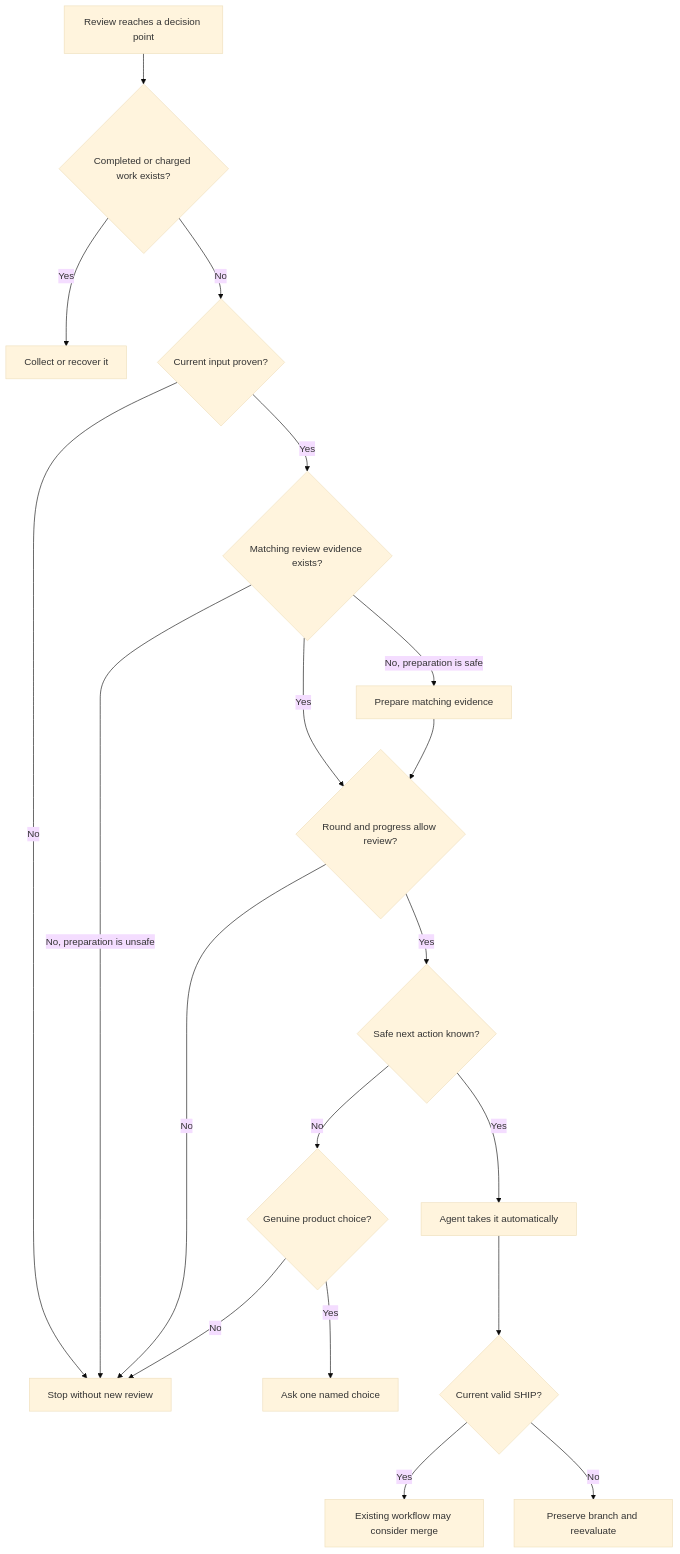
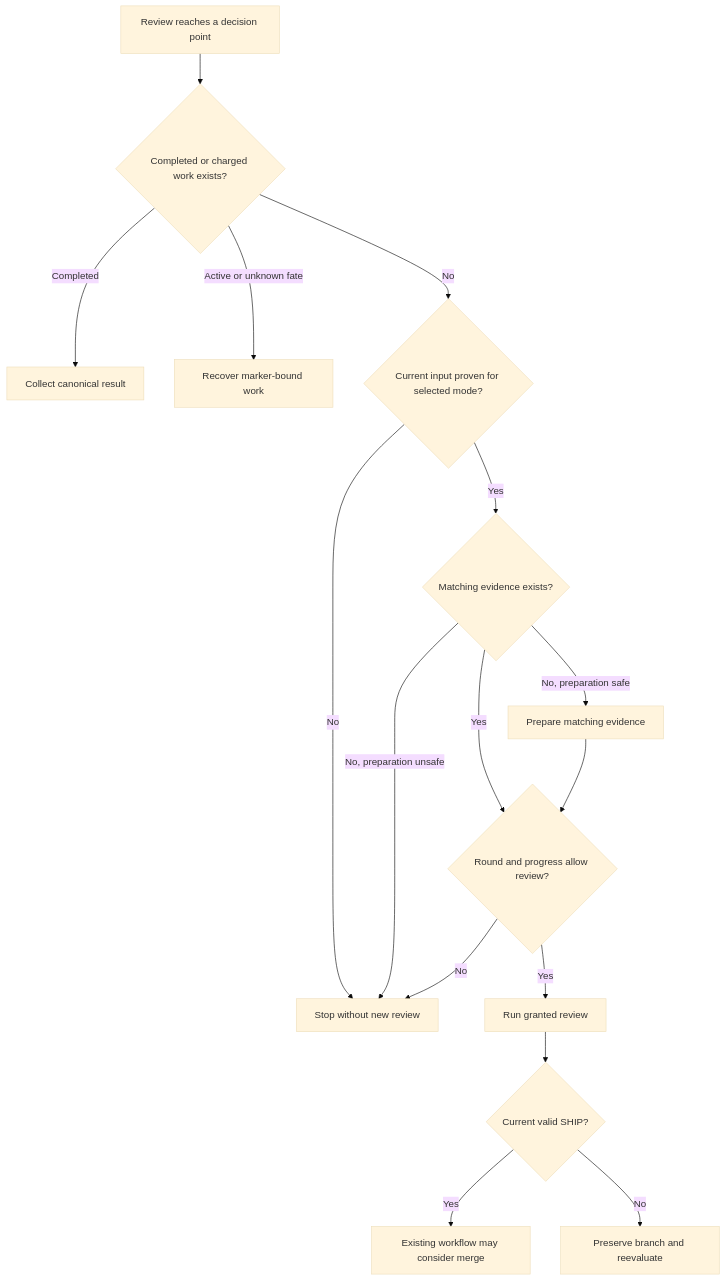
Before and after one commit to StartupBros-com/pro-gate: the first of 4 diagrams in docs/plans/2026-08-26-2019-feat-pro-gate-one-clear-next-step-plan.md, drawn with Mermaid (base theme). The commit also changed other lines of this file, not shown here.

Commit message:
docs: plan one clear pro-gate next step (#97)

````diff
--- a/docs/plans/2026-08-26-2019-feat-pro-gate-one-clear-next-step-plan.md
+++ b/docs/plans/2026-08-26-2019-feat-pro-gate-one-clear-next-step-plan.md
@@ -98,21 +99,18 @@
 ```mermaid
 flowchart TB
   A[Review reaches a decision point] --> B{Completed or charged work exists?}
-  B -->|Yes| C[Collect or recover it]
-  B -->|No| D{Current input proven?}
-  D -->|No| E[Stop without new review]
-  D -->|Yes| F{Matching review evidence exists?}
-  F -->|No, preparation is safe| G[Prepare matching evidence]
-  F -->|No, preparation is unsafe| E
-  F -->|Yes| H{Round and progress allow review?}
-  G --> H
-  H -->|No| E
-  H -->|Yes| I{Safe next action known?}
-  I -->|Yes| J[Agent takes it automatically]
-  I -->|No| K{Genuine product choice?}
-  K -->|Yes| L[Ask one named choice]
-  K -->|No| E
-  J --> M{Current valid SHIP?}
-  M -->|Yes| N[Existing workflow may consider merge]
-  M -->|No| O[Preserve branch and reevaluate]
+  B -->|Completed| C[Collect canonical result]
+  B -->|Active or unknown fate| D[Recover marker-bound work]
+  B -->|No| E{Current input proven for selected mode?}
+  E -->|No| F[Stop without new review]
+  E -->|Yes| G{Matching evidence exists?}
+  G -->|No, preparation safe| H[Prepare matching evidence]
+  G -->|No, preparation unsafe| F
+  G -->|Yes| I{Round and progress allow review?}
+  H --> I
+  I -->|No| F
+  I -->|Yes| J[Run granted review]
+  J --> K{Current valid SHIP?}
+  K -->|Yes| L[Existing workflow may consider merge]
+  K -->|No| M[Preserve branch and reevaluate]
 ```
````
